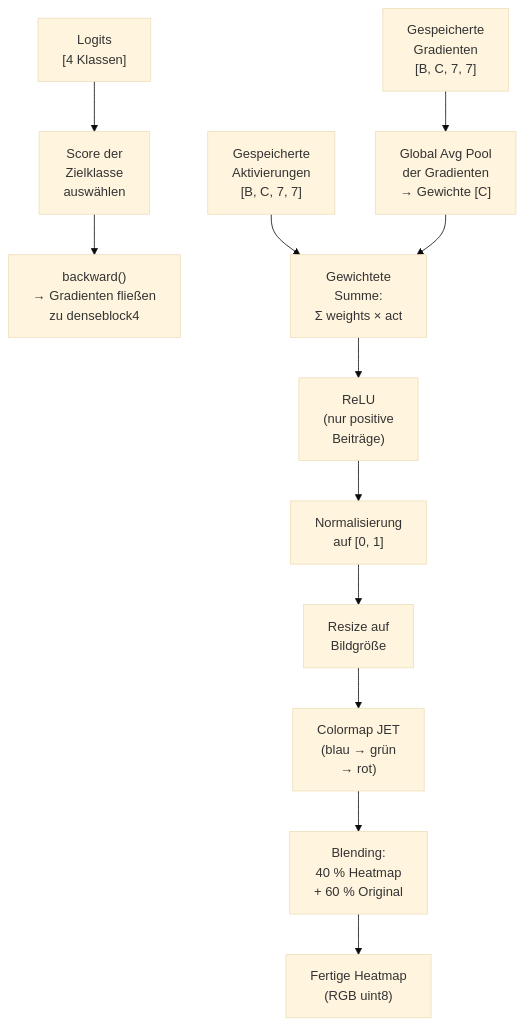
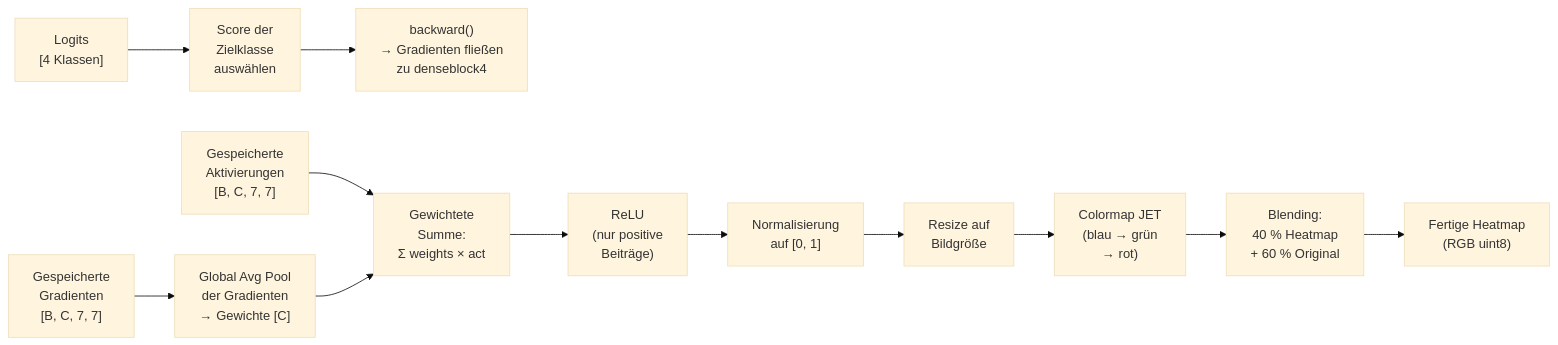
One commit to chempananickal/Tumor_Classifier changed the eighth of 13 diagrams in docs/SAA/arc42-doc.md. Above: the diagram before and after it, drawn with Mermaid (base theme). The commit also changed other lines of this file and 1 other file, not shown here.

````diff
--- a/docs/SAA/arc42-doc.md
+++ b/docs/SAA/arc42-doc.md
@@ -624,15 +634,15 @@
 ```mermaid
-graph TD
+graph LR
     LOGITS["Logits<br/>[4 Klassen]"] --> SELECT["Score der<br/>Zielklasse<br/>auswählen"]
     SELECT --> BACKWARD["backward()<br/>→ Gradienten fließen<br/>zu denseblock4"]
 
     ACT["Gespeicherte<br/>Aktivierungen<br/>[B, C, 7, 7]"] --> WSUM
     GRAD["Gespeicherte<br/>Gradienten<br/>[B, C, 7, 7]"] --> GAP_G["Global Avg Pool<br/>der Gradienten<br/>→ Gewichte [C]"]
     GAP_G --> WSUM["Gewichtete<br/>Summe:<br/>Σ weights × act"]
     WSUM --> RELU["ReLU<br/>(nur positive<br/>Beiträge)"]
     RELU --> NORM_CAM["Normalisierung<br/>auf [0, 1]"]
     NORM_CAM --> RESIZE["Resize auf<br/>Bildgröße"]
     RESIZE --> CMAP["Colormap JET<br/>(blau → grün<br/>→ rot)"]
     CMAP --> BLEND["Blending:<br/>40 % Heatmap<br/>+ 60 % Original"]
     BLEND --> HEATMAP["Fertige Heatmap<br/>(RGB uint8)"]
 ```
````
